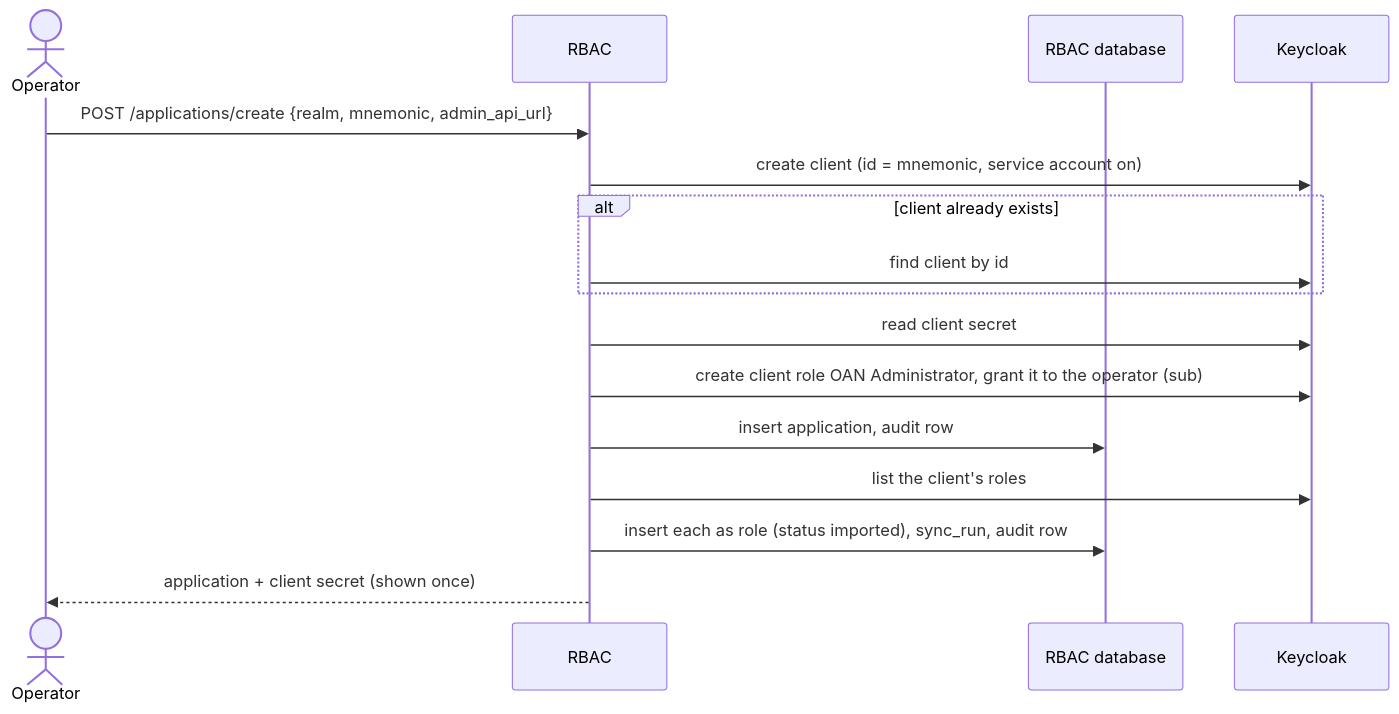
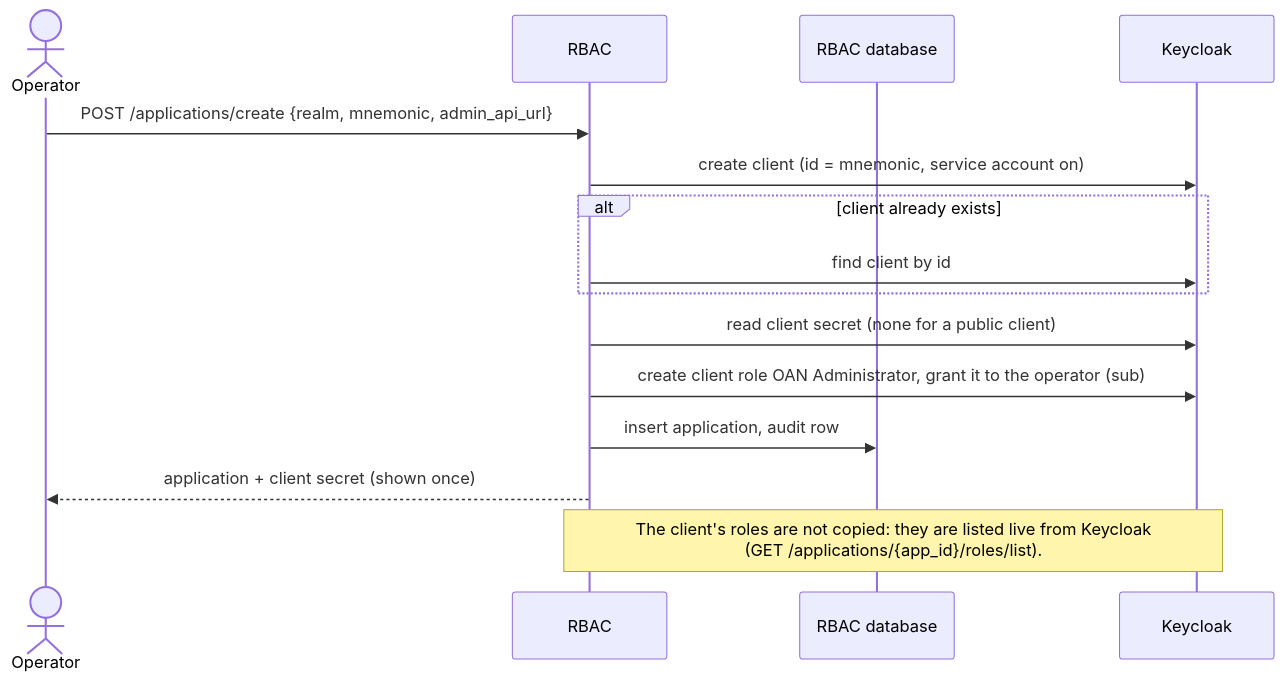
Before and after one commit to Centre-for-Open-Societal-Systems/oan_identitygovernance_service: the third of 6 diagrams in docs/sequence-diagrams.md, drawn with Mermaid. The commit also changed other lines of this file and 12 other files, not shown here.

First line of the commit message:
Read roles live from Keycloak and drop the role and sync tables

````diff
--- a/docs/sequence-diagrams.md
+++ b/docs/sequence-diagrams.md
@@ -49,19 +49,18 @@
 ```mermaid
 sequenceDiagram
     actor Op as Operator
     participant RBAC
     participant DB as RBAC database
     participant KC as Keycloak
 
     Op->>RBAC: POST /applications/create {realm, mnemonic, admin_api_url}
     RBAC->>KC: create client (id = mnemonic, service account on)
     alt client already exists
         RBAC->>KC: find client by id
     end
-    RBAC->>KC: read client secret
+    RBAC->>KC: read client secret (none for a public client)
     RBAC->>KC: create client role OAN Administrator, grant it to the operator (sub)
     RBAC->>DB: insert application, audit row
-    RBAC->>KC: list the client's roles
-    RBAC->>DB: insert each as role (status imported), sync_run, audit row
     RBAC-->>Op: application + client secret (shown once)
+    Note over RBAC,KC: The client's roles are not copied: they are listed live from Keycloak<br/>(GET /applications/{app_id}/roles/list).
 ```
````
